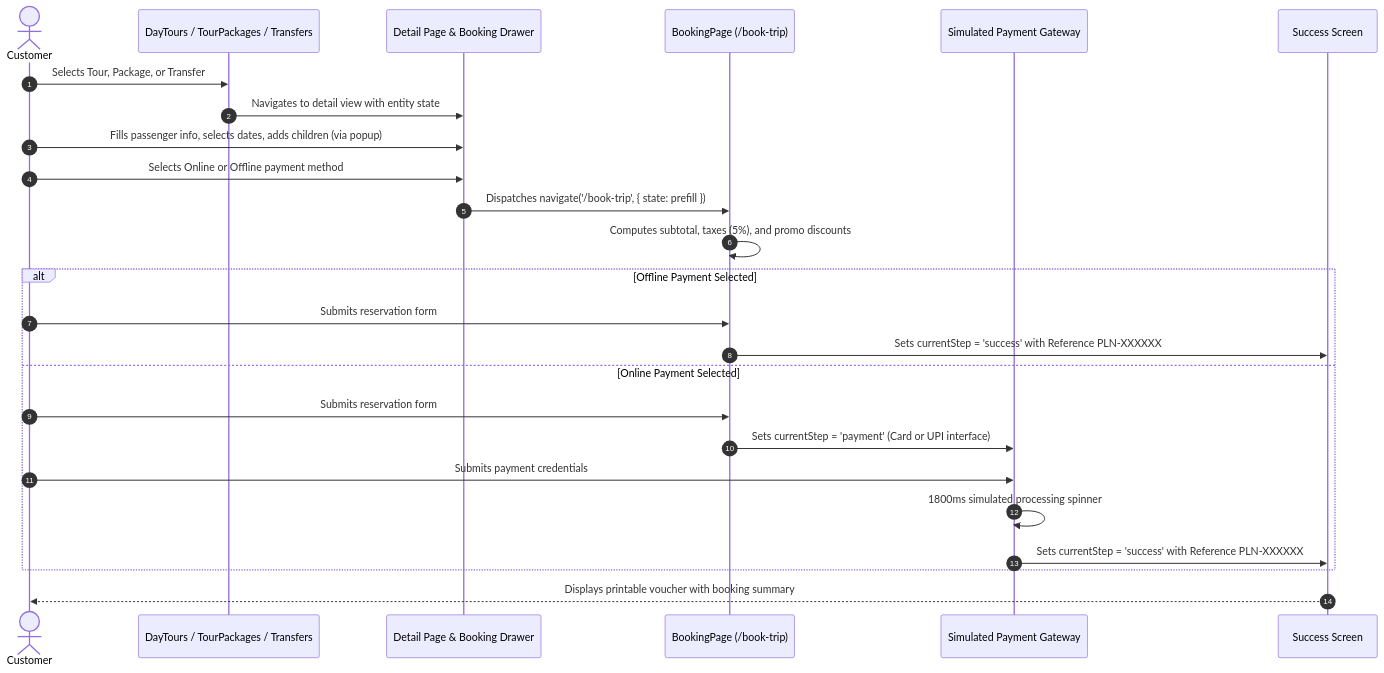
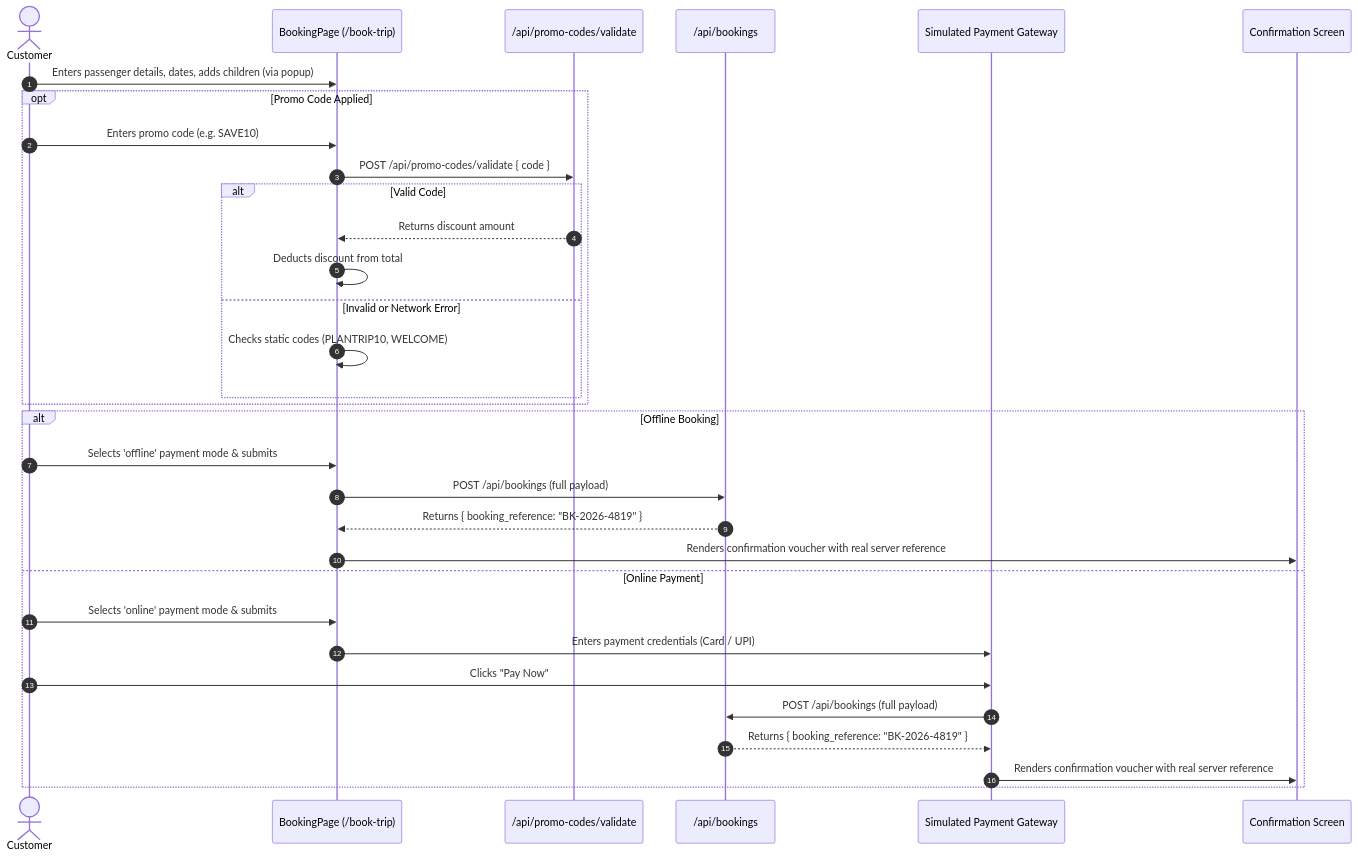
The third of 3 diagrams in PROJECT_CONTEXT.md (akhil-vj/PlanTripOnline-Frontend), drawn with Mermaid before and after one commit. The commit also changed other lines of this file and 1 other file, not shown here.

````diff
--- a/PROJECT_CONTEXT.md
+++ b/PROJECT_CONTEXT.md
@@ -429,28 +488,35 @@
 ```mermaid
 sequenceDiagram
     autonumber
     actor Customer
-    participant Catalog as DayTours / TourPackages / Transfers
-    participant Detail as Detail Page & Booking Drawer
-    participant Checkout as BookingPage (/book-trip)
+    participant Form as BookingPage (/book-trip)
+    participant PromoAPI as /api/promo-codes/validate
+    participant BookingAPI as /api/bookings
     participant Gateway as Simulated Payment Gateway
-    participant Confirmation as Success Screen
+    participant Success as Confirmation Screen
 
-    Customer->>Catalog: Selects Tour, Package, or Transfer
-    Catalog->>Detail: Navigates to detail view with entity state
-    Customer->>Detail: Fills passenger info, selects dates, adds children (via popup)
-    Customer->>Detail: Selects Online or Offline payment method
-    Detail->>Checkout: Dispatches navigate('/book-trip', { state: prefill })
-    Checkout->>Checkout: Computes subtotal, taxes (5%), and promo discounts
-    alt Offline Payment Selected
-        Customer->>Checkout: Submits reservation form
-        Checkout->>Confirmation: Sets currentStep = 'success' with Reference PLN-XXXXXX
-    else Online Payment Selected
-        Customer->>Checkout: Submits reservation form
-        Checkout->>Gateway: Sets currentStep = 'payment' (Card or UPI interface)
-        Customer->>Gateway: Submits payment credentials
-        Gateway->>Gateway: 1800ms simulated processing spinner
-        Gateway->>Confirmation: Sets currentStep = 'success' with Reference PLN-XXXXXX
+    Customer->>Form: Enters passenger details, dates, adds children (via popup)
+    opt Promo Code Applied
+        Customer->>Form: Enters promo code (e.g. SAVE10)
+        Form->>PromoAPI: POST /api/promo-codes/validate { code }
+        alt Valid Code
+            PromoAPI-->>Form: Returns discount amount
+            Form->>Form: Deducts discount from total
+        else Invalid or Network Error
+            Form->>Form: Checks static codes (PLANTRIP10, WELCOME)
+        end
     end
-    Confirmation-->>Customer: Displays printable voucher with booking summary
+    alt Offline Booking
+        Customer->>Form: Selects 'offline' payment mode & submits
+        Form->>BookingAPI: POST /api/bookings (full payload)
+        BookingAPI-->>Form: Returns { booking_reference: "BK-2026-4819" }
+        Form->>Success: Renders confirmation voucher with real server reference
+    else Online Payment
+        Customer->>Form: Selects 'online' payment mode & submits
+        Form->>Gateway: Enters payment credentials (Card / UPI)
+        Customer->>Gateway: Clicks "Pay Now"
+        Gateway->>BookingAPI: POST /api/bookings (full payload)
+        BookingAPI-->>Gateway: Returns { booking_reference: "BK-2026-4819" }
+        Gateway->>Success: Renders confirmation voucher with real server reference
+    end
 ```
````
